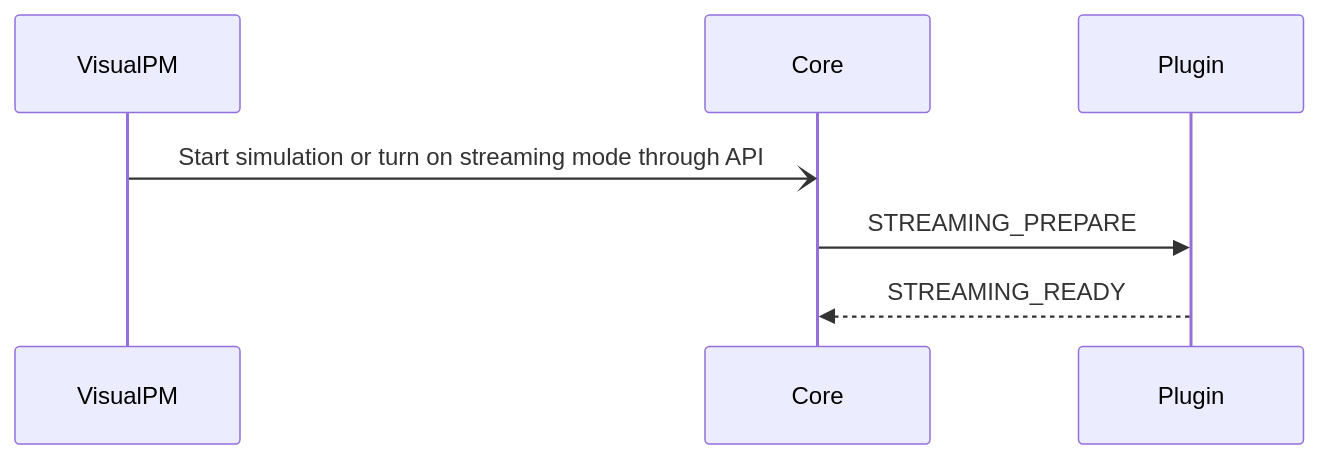
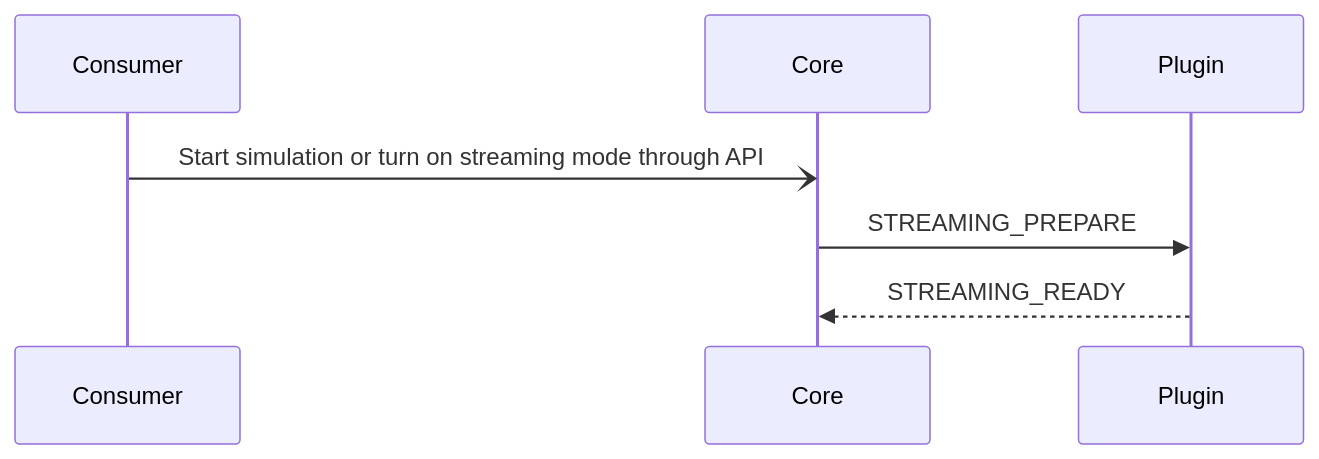
One commit to prcore/docs changed the first of 3 diagrams in content/development/plugin-system/communication/prescribing-workflow/prescribe-stream.md. Above: the diagram before and after it, drawn with Mermaid. The commit also changed other lines of this file and 2 other files, not shown here.

Commit message:
Site updated K 08 märts 2023 08:28:14 EET ...

```diff
--- a/content/development/plugin-system/communication/prescribing-workflow/prescribe-stream.md
+++ b/content/development/plugin-system/communication/prescribing-workflow/prescribe-stream.md
@@ -16,6 +16,6 @@
 {{< mermaid class="text-center" >}}
 sequenceDiagram
-    VisualPM-)Core: Start simulation or turn on streaming mode through API
+    Consumer-)Core: Start simulation or turn on streaming mode through API
     Core->>Plugin: STREAMING_PREPARE
     Plugin-->>Core: STREAMING_READY
 {{< /mermaid >}}
```
